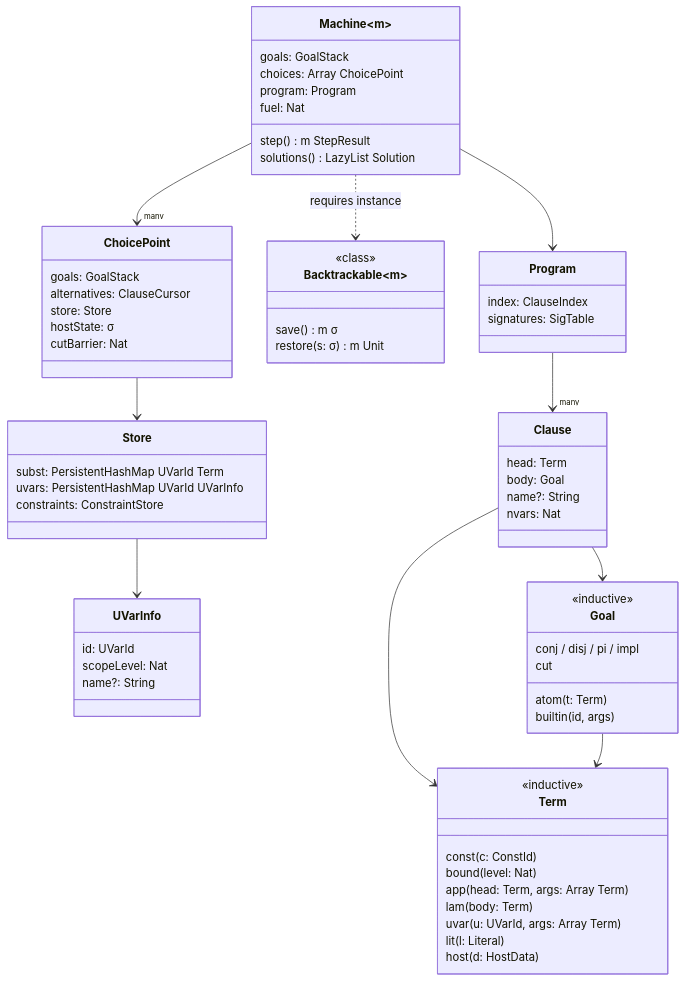
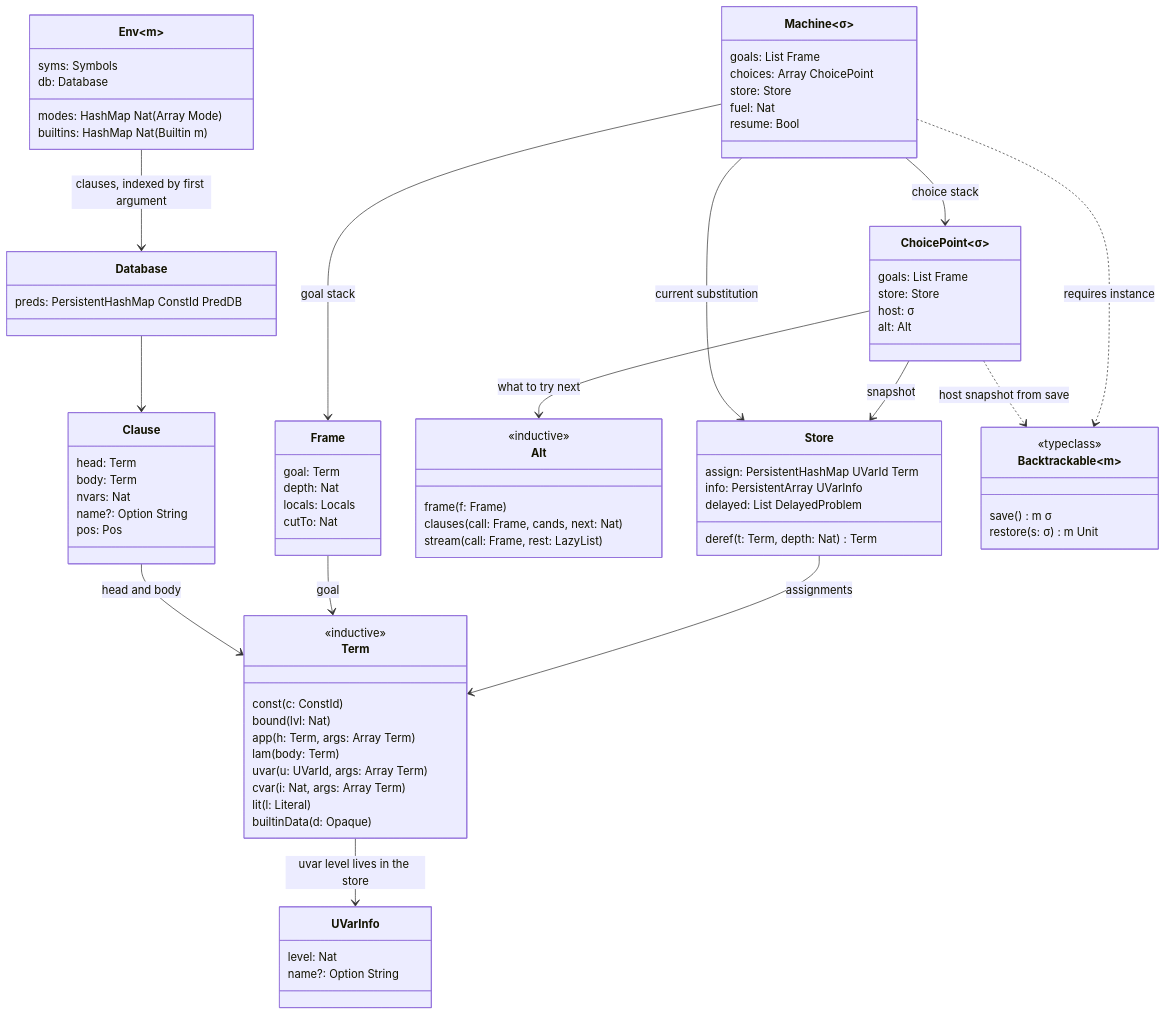
One commit to Volland/lean-elpi changed the second of 7 diagrams in tg.md/architecture/uml.md. Above: the diagram before and after it, drawn with Mermaid. The commit also changed other lines of this file and 128 other files, not shown here.

````diff
--- a/tg.md/architecture/uml.md
+++ b/tg.md/architecture/uml.md
@@ -73,69 +73,83 @@
 ```mermaid
 classDiagram
-  class Term {
-    <<inductive>>
-    const(c: ConstId)
-    bound(level: Nat)
-    app(head: Term, args: Array Term)
-    lam(body: Term)
-    uvar(u: UVarId, args: Array Term)
-    lit(l: Literal)
-    host(d: HostData)
-  }
-  class UVarInfo {
-    id: UVarId
-    scopeLevel: Nat
-    name?: String
-  }
-  class Clause {
-    head: Term
-    body: Goal
-    name?: String
-    nvars: Nat
-  }
-  class Goal {
-    <<inductive>>
-    atom(t: Term)
-    conj / disj / pi / impl
-    cut
-    builtin(id, args)
-  }
-  class Store {
-    subst: PersistentHashMap UVarId Term
-    uvars: PersistentHashMap UVarId UVarInfo
-    constraints: ConstraintStore
-  }
-  class ChoicePoint {
-    goals: GoalStack
-    alternatives: ClauseCursor
-    store: Store
-    hostState: σ
-    cutBarrier: Nat
-  }
-  class Machine~m~ {
-    goals: GoalStack
-    choices: Array ChoicePoint
-    program: Program
-    fuel: Nat
-    step() m StepResult
-    solutions() LazyList Solution
-  }
-  class Backtrackable~m~ {
-    <<class>>
-    save() m σ
-    restore(s: σ) m Unit
-  }
-  class Program {
-    index: ClauseIndex
-    signatures: SigTable
-  }
-  Machine --> Program
-  Machine --> "many" ChoicePoint
-  Machine ..> Backtrackable : requires instance
-  ChoicePoint --> Store
-  Store --> UVarInfo
-  Program --> "many" Clause
-  Clause --> Term
-  Clause --> Goal
-  Goal --> Term
+    class Term {
+        <<inductive>>
+        const(c: ConstId)
+        bound(lvl: Nat)
+        app(h: Term, args: Array Term)
+        lam(body: Term)
+        uvar(u: UVarId, args: Array Term)
+        cvar(i: Nat, args: Array Term)
+        lit(l: Literal)
+        builtinData(d: Opaque)
+    }
+    class UVarInfo {
+        level: Nat
+        name?: Option String
+    }
+    class Clause {
+        head: Term
+        body: Term
+        nvars: Nat
+        name?: Option String
+        pos: Pos
+    }
+    class Frame {
+        goal: Term
+        depth: Nat
+        locals: Locals
+        cutTo: Nat
+    }
+    class Alt {
+        <<inductive>>
+        frame(f: Frame)
+        clauses(call: Frame, cands, next: Nat)
+        stream(call: Frame, rest: LazyList)
+    }
+    class ChoicePoint~σ~ {
+        goals: List Frame
+        store: Store
+        host: σ
+        alt: Alt
+    }
+    class Machine~σ~ {
+        goals: List Frame
+        choices: Array ChoicePoint
+        store: Store
+        fuel: Nat
+        resume: Bool
+    }
+    class Store {
+        assign: PersistentHashMap UVarId Term
+        info: PersistentArray UVarInfo
+        delayed: List DelayedProblem
+        deref(t: Term, depth: Nat) Term
+    }
+    class Backtrackable~m~ {
+        <<typeclass>>
+        save() m σ
+        restore(s: σ) m Unit
+    }
+    class Env~m~ {
+        syms: Symbols
+        db: Database
+        modes: HashMap Nat (Array Mode)
+        builtins: HashMap Nat (Builtin m)
+    }
+    class Database {
+        preds: PersistentHashMap ConstId PredDB
+    }
+    Term --> UVarInfo : uvar level lives in the store
+    Clause --> Term : head and body
+    Frame --> Term : goal
+    Machine --> ChoicePoint : choice stack
+    Machine --> Store : current substitution
+    Machine --> Frame : goal stack
+    ChoicePoint --> Store : snapshot
+    ChoicePoint --> Alt : what to try next
+    ChoicePoint ..> Backtrackable : host snapshot from save
+    Machine ..> Backtrackable : requires instance
+    Env --> Database : clauses, indexed by first argument
+    Database --> Clause
+    Store --> Term : assignments
 ```
````
